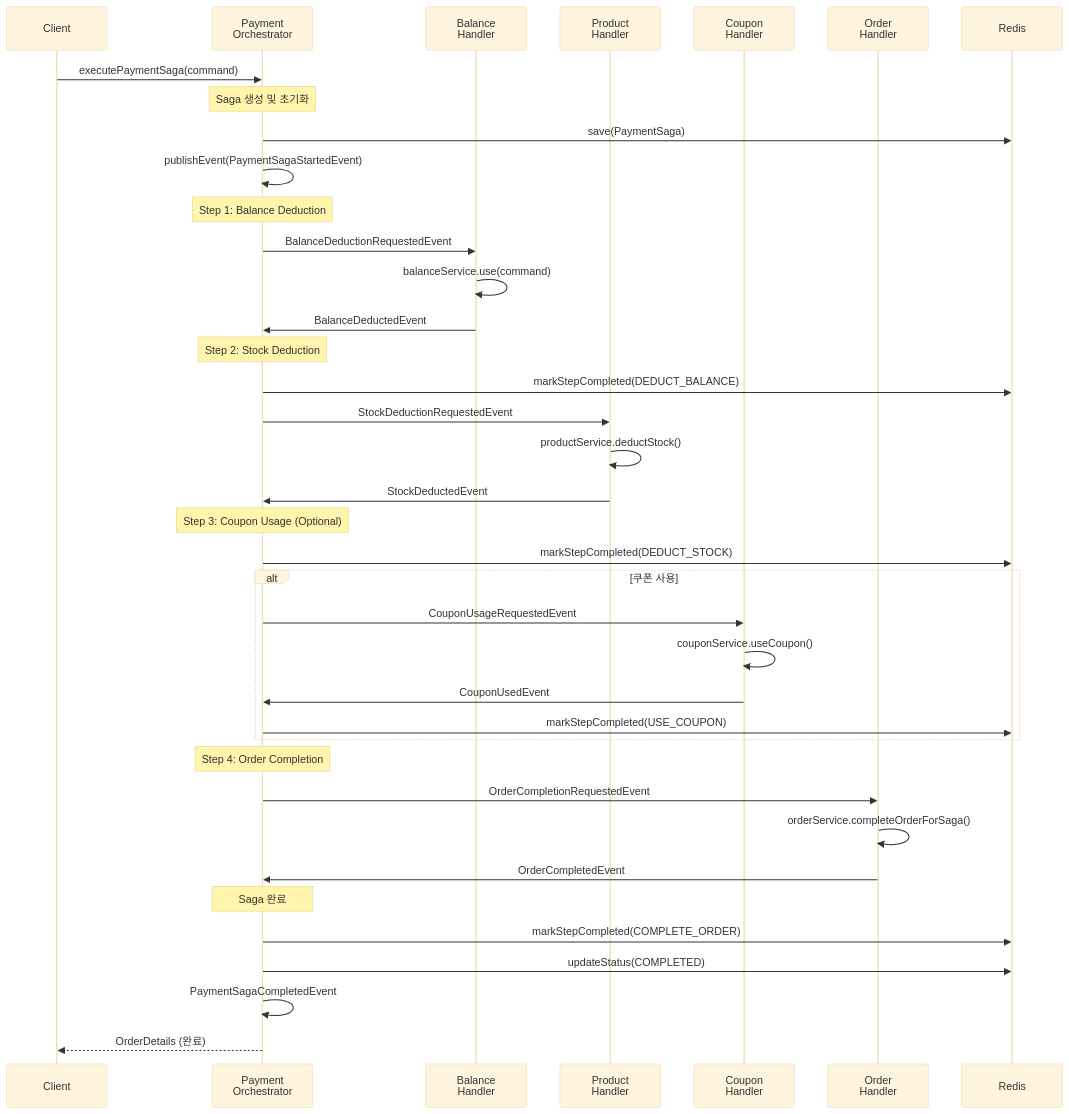
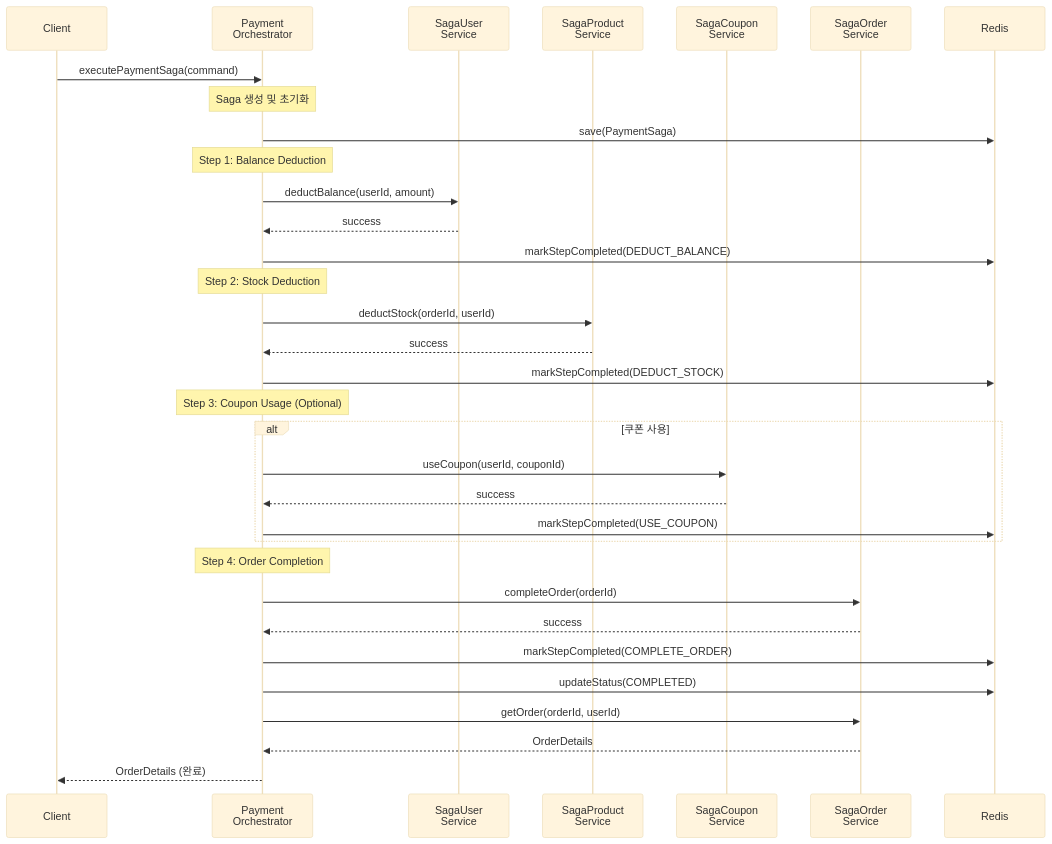
Before and after one commit to kbyunghoon/e-commerce: the second of 5 diagrams in docs/report/08.msa_distributed_transaction_design.md, drawn with Mermaid (base theme). The commit also changed other lines of this file, not shown here.

````diff
--- a/docs/report/08.msa_distributed_transaction_design.md
+++ b/docs/report/08.msa_distributed_transaction_design.md
@@ -162,41 +193,39 @@
 ```mermaid
 sequenceDiagram
     participant Client
     participant PaymentOrchestrator as Payment<br/>Orchestrator
-    participant BalanceHandler as Balance<br/>Handler
-    participant ProductHandler as Product<br/>Handler
-    participant CouponHandler as Coupon<br/>Handler
-    participant OrderHandler as Order<br/>Handler
+    participant SagaUserService as SagaUser<br/>Service
+    participant SagaProductService as SagaProduct<br/>Service
+    participant SagaCouponService as SagaCoupon<br/>Service
+    participant SagaOrderService as SagaOrder<br/>Service
     participant Redis
     Client ->> PaymentOrchestrator: executePaymentSaga(command)
     Note over PaymentOrchestrator: Saga 생성 및 초기화
     PaymentOrchestrator ->> Redis: save(PaymentSaga)
-    PaymentOrchestrator ->> PaymentOrchestrator: publishEvent(PaymentSagaStartedEvent)
+    
     Note over PaymentOrchestrator: Step 1: Balance Deduction
-    PaymentOrchestrator ->> BalanceHandler: BalanceDeductionRequestedEvent
-    BalanceHandler ->> BalanceHandler: balanceService.use(command)
-    BalanceHandler ->> PaymentOrchestrator: BalanceDeductedEvent
+    PaymentOrchestrator ->> SagaUserService: deductBalance(userId, amount)
+    SagaUserService -->> PaymentOrchestrator: success
+    PaymentOrchestrator ->> Redis: markStepCompleted(DEDUCT_BALANCE)
+    
     Note over PaymentOrchestrator: Step 2: Stock Deduction
-    PaymentOrchestrator ->> Redis: markStepCompleted(DEDUCT_BALANCE)
-    PaymentOrchestrator ->> ProductHandler: StockDeductionRequestedEvent
-    ProductHandler ->> ProductHandler: productService.deductStock()
-    ProductHandler ->> PaymentOrchestrator: StockDeductedEvent
+    PaymentOrchestrator ->> SagaProductService: deductStock(orderId, userId)
+    SagaProductService -->> PaymentOrchestrator: success
+    PaymentOrchestrator ->> Redis: markStepCompleted(DEDUCT_STOCK)
+    
     Note over PaymentOrchestrator: Step 3: Coupon Usage (Optional)
-    PaymentOrchestrator ->> Redis: markStepCompleted(DEDUCT_STOCK)
     alt 쿠폰 사용
-        PaymentOrchestrator ->> CouponHandler: CouponUsageRequestedEvent
-        CouponHandler ->> CouponHandler: couponService.useCoupon()
-        CouponHandler ->> PaymentOrchestrator: CouponUsedEvent
+        PaymentOrchestrator ->> SagaCouponService: useCoupon(userId, couponId)
+        SagaCouponService -->> PaymentOrchestrator: success
         PaymentOrchestrator ->> Redis: markStepCompleted(USE_COUPON)
     end
 
     Note over PaymentOrchestrator: Step 4: Order Completion
-    PaymentOrchestrator ->> OrderHandler: OrderCompletionRequestedEvent
-    OrderHandler ->> OrderHandler: orderService.completeOrderForSaga()
-    OrderHandler ->> PaymentOrchestrator: OrderCompletedEvent
-    Note over PaymentOrchestrator: Saga 완료
+    PaymentOrchestrator ->> SagaOrderService: completeOrder(orderId)
+    SagaOrderService -->> PaymentOrchestrator: success
     PaymentOrchestrator ->> Redis: markStepCompleted(COMPLETE_ORDER)
     PaymentOrchestrator ->> Redis: updateStatus(COMPLETED)
-    PaymentOrchestrator ->> PaymentOrchestrator: PaymentSagaCompletedEvent
+    PaymentOrchestrator ->> SagaOrderService: getOrder(orderId, userId)
+    SagaOrderService -->> PaymentOrchestrator: OrderDetails
     PaymentOrchestrator -->> Client: OrderDetails (완료)
 ```
````
